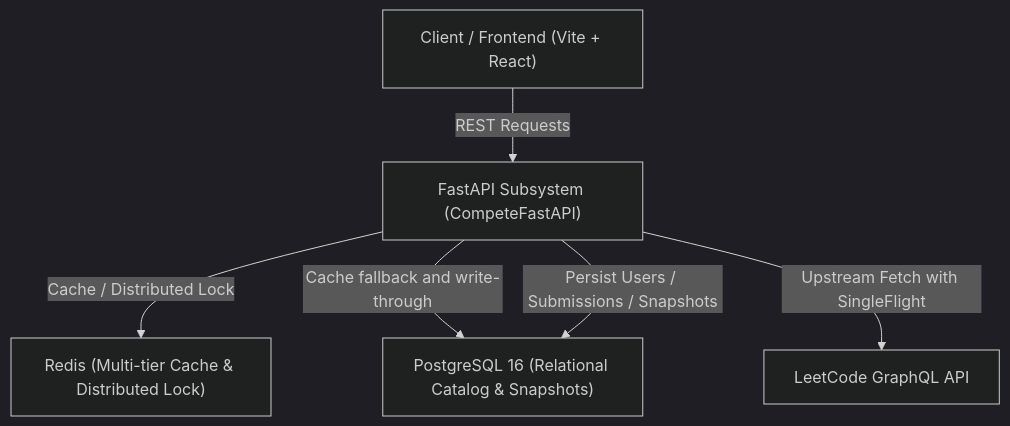
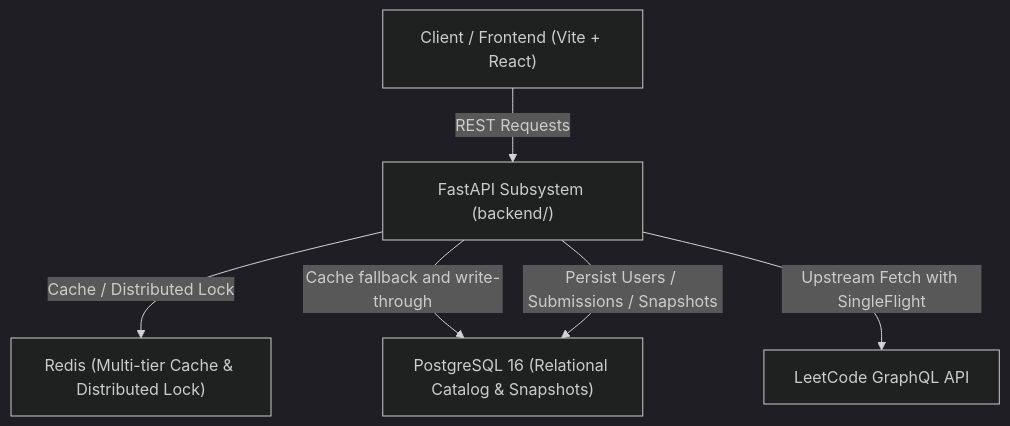
The diagram in README.md (Unknown-Entity226/compete), drawn with Mermaid (dark theme) before and after one commit. The commit also changed 10 other files, not shown here.

````diff
--- a/README.md
+++ b/README.md
@@ -9,14 +9,14 @@
 ```mermaid
 flowchart TD
     Client["Client / Frontend (Vite + React)"]
-    FastAPI["FastAPI Subsystem (CompeteFastAPI)"]
+    FastAPI["FastAPI Subsystem (backend/)"]
     Redis["Redis (Multi-tier Cache & Distributed Lock)"]
     PostgreSQL["PostgreSQL 16 (Relational Catalog & Snapshots)"]
     LeetCode["LeetCode GraphQL API"]
 
     Client -->|REST Requests| FastAPI
     FastAPI -->|Cache / Distributed Lock| Redis
     FastAPI -->|Cache fallback and write-through| PostgreSQL
     FastAPI -->|Persist Users / Submissions / Snapshots| PostgreSQL
     FastAPI -->|Upstream Fetch with SingleFlight| LeetCode
 ```
````
